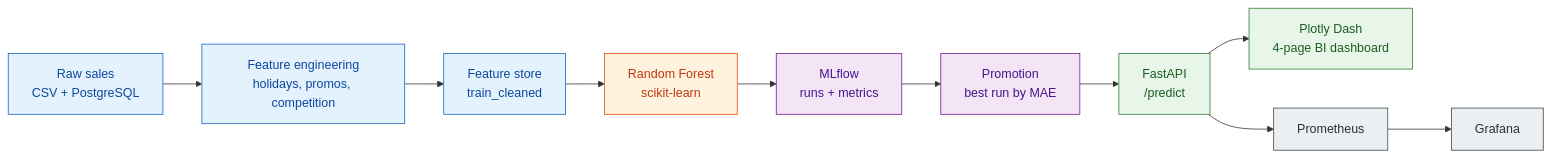
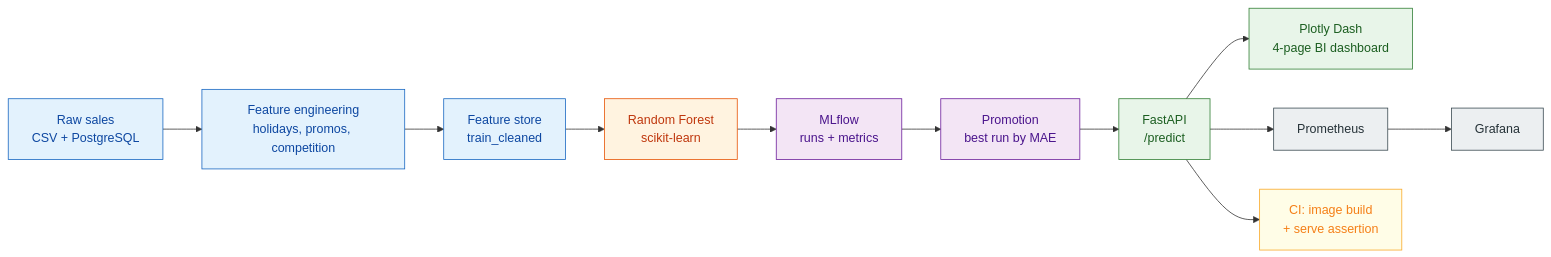
The first of 2 diagrams in README.md (ksnishat/rossmann-sales-pipeline), drawn with Mermaid before and after one commit. The commit also changed other lines of this file, not shown here.

First line of the commit message:
docs: bring README up to date and add a request-path diagram

````diff
--- a/README.md
+++ b/README.md
@@ -48,24 +49,27 @@
 ```mermaid
 flowchart LR
     RAW["Raw sales<br/>CSV + PostgreSQL"] --> FEAT["Feature engineering<br/>holidays, promos, competition"]
     FEAT --> STORE["Feature store<br/>train_cleaned"]
     STORE --> RF["Random Forest<br/>scikit-learn"]
     RF --> MLflow["MLflow<br/>runs + metrics"]
     MLflow --> PROMOTE["Promotion<br/>best run by MAE"]
     PROMOTE --> API["FastAPI<br/>/predict"]
     API --> DASH["Plotly Dash<br/>4-page BI dashboard"]
     API --> Prom["Prometheus"]
     Prom --> Graf["Grafana"]
+    API --> CI["CI: image build<br/>+ serve assertion"]
 
     classDef data fill:#e3f2fd,stroke:#1565c0,stroke-width:1px,color:#0d47a1
     classDef train fill:#fff3e0,stroke:#e65100,stroke-width:1px,color:#bf360c
     classDef track fill:#f3e5f5,stroke:#6a1b9a,stroke-width:1px,color:#4a148c
     classDef serve fill:#e8f5e9,stroke:#2e7d32,stroke-width:1px,color:#1b5e20
     classDef observe fill:#eceff1,stroke:#37474f,stroke-width:1px,color:#263238
+    classDef gate fill:#fffde7,stroke:#f9a825,stroke-width:1px,color:#f57f17
 
     class RAW,FEAT,STORE data
     class RF train
     class MLflow,PROMOTE track
     class API,DASH serve
     class Prom,Graf observe
+    class CI gate
 ```
````
